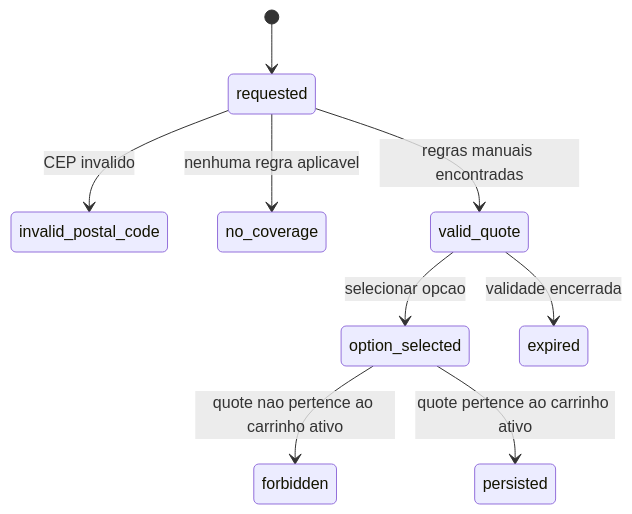
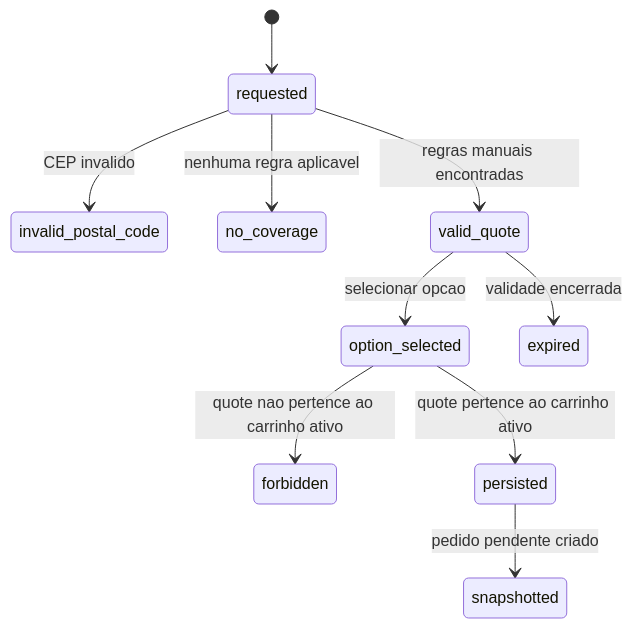
Before and after one commit to Ald3b4r4n/triadenext: the fourth of 6 diagrams in _reversa_sdd/state-machines.md, drawn with Mermaid. The commit also changed other lines of this file and 9 other files, not shown here.

````diff
--- a/_reversa_sdd/state-machines.md
+++ b/_reversa_sdd/state-machines.md
@@ -36,11 +87,12 @@
 ```mermaid
 stateDiagram-v2
   [*] --> requested
   requested --> invalid_postal_code: CEP invalido
   requested --> no_coverage: nenhuma regra aplicavel
   requested --> valid_quote: regras manuais encontradas
   valid_quote --> option_selected: selecionar opcao
   valid_quote --> expired: validade encerrada
   option_selected --> forbidden: quote nao pertence ao carrinho ativo
   option_selected --> persisted: quote pertence ao carrinho ativo
+  persisted --> snapshotted: pedido pendente criado
 ```
````
